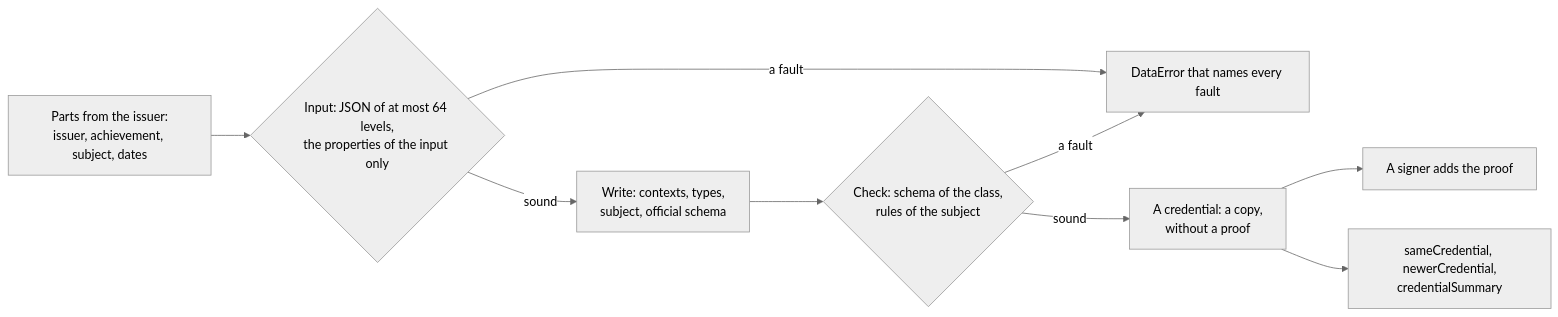
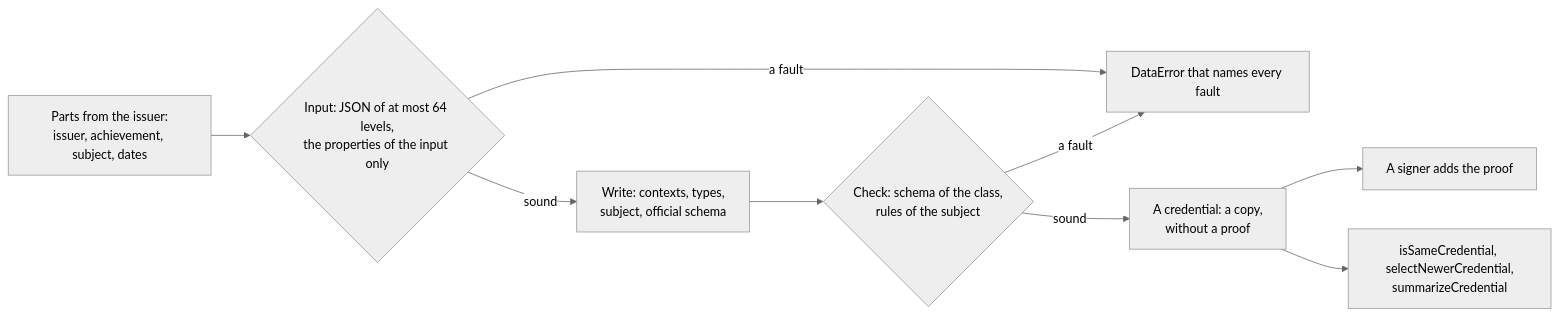
Before and after one commit to interopkit/interopkit: the diagram in docs/achievement-credentials/issue.md, drawn with Mermaid (neutral theme). The commit also changed other lines of this file and 368 other files, not shown here.

````diff
--- a/docs/achievement-credentials/issue.md
+++ b/docs/achievement-credentials/issue.md
@@ -9,11 +9,11 @@
 ```mermaid
 flowchart LR
   parts["Parts from the issuer:<br/>issuer, achievement, subject, dates"] --> input{"Input: JSON of at most 64 levels,<br/>the properties of the input only"}
   input -->|"a fault"| refused["DataError that names every fault"]
   input -->|"sound"| write["Write: contexts, types,<br/>subject, official schema"]
   write --> check{"Check: schema of the class,<br/>rules of the subject"}
   check -->|"a fault"| refused
   check -->|"sound"| credential["A credential: a copy,<br/>without a proof"]
   credential --> signer["A signer adds the proof"]
-  credential --> compare["sameCredential, newerCredential,<br/>credentialSummary"]
+  credential --> compare["isSameCredential, selectNewerCredential,<br/>summarizeCredential"]
 ```
````
